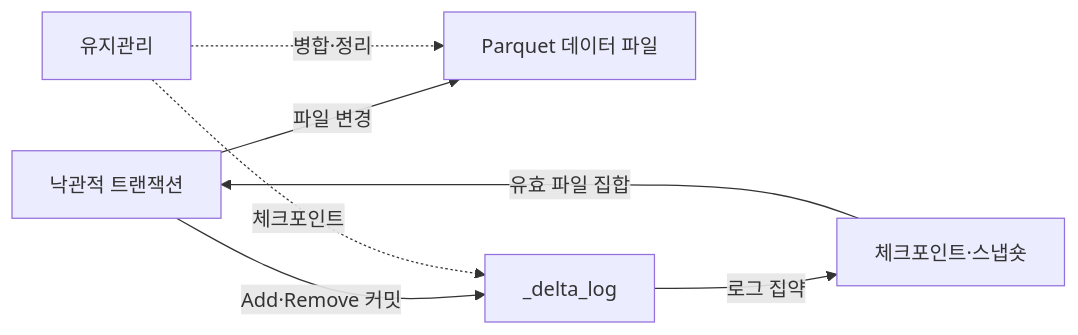
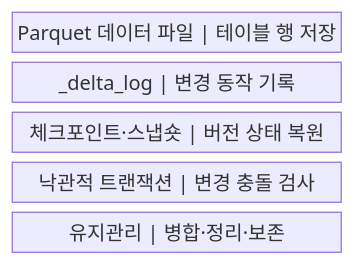
One commit to agnusdei1207/knowledge-base changed the first of 2 diagrams in src/content/docs/notes/03-software/127_delta_lake.md. Above: the diagram before and after it, drawn with Mermaid. The commit also changed other lines of this file and 20 other files, not shown here.

````diff
--- a/src/content/docs/notes/03-software/127_delta_lake.md
+++ b/src/content/docs/notes/03-software/127_delta_lake.md
@@ -62,9 +58,9 @@
 ```mermaid
-flowchart LR
-    E[낙관적 트랜잭션] -->|파일 변경| D[Parquet 데이터 파일]
-    E -->|Add·Remove 커밋| L[_delta_log]
-    L -->|로그 집약| C[체크포인트·스냅숏]
-    C -->|유효 파일 집합| E
-    M[유지관리] -.->|병합·정리| D
-    M -.->|체크포인트| L
+block
+    columns 1
+    A["Parquet 데이터 파일 | 테이블 행 저장"]
+    B["_delta_log | 변경 동작 기록"]
+    C["체크포인트·스냅숏 | 버전 상태 복원"]
+    D["낙관적 트랜잭션 | 변경 충돌 검사"]
+    E["유지관리 | 병합·정리·보존"]
 ```
````
